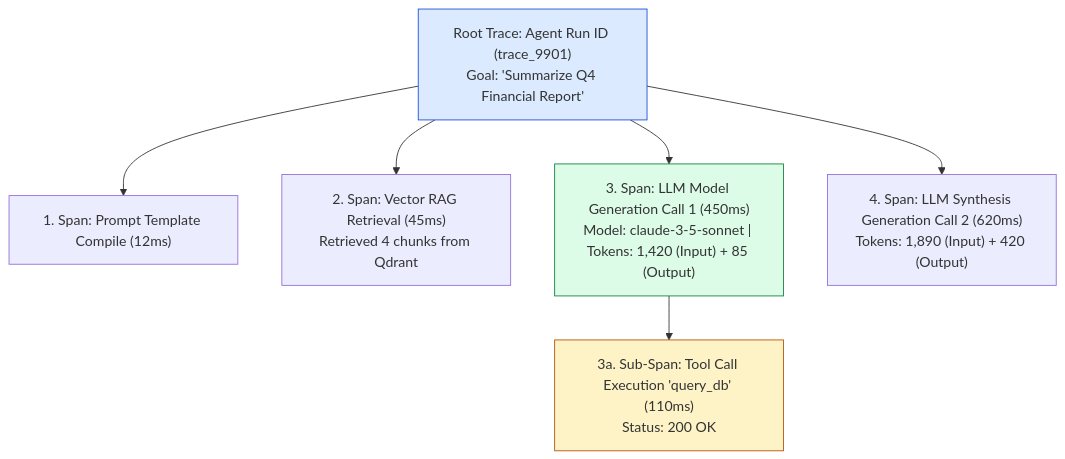
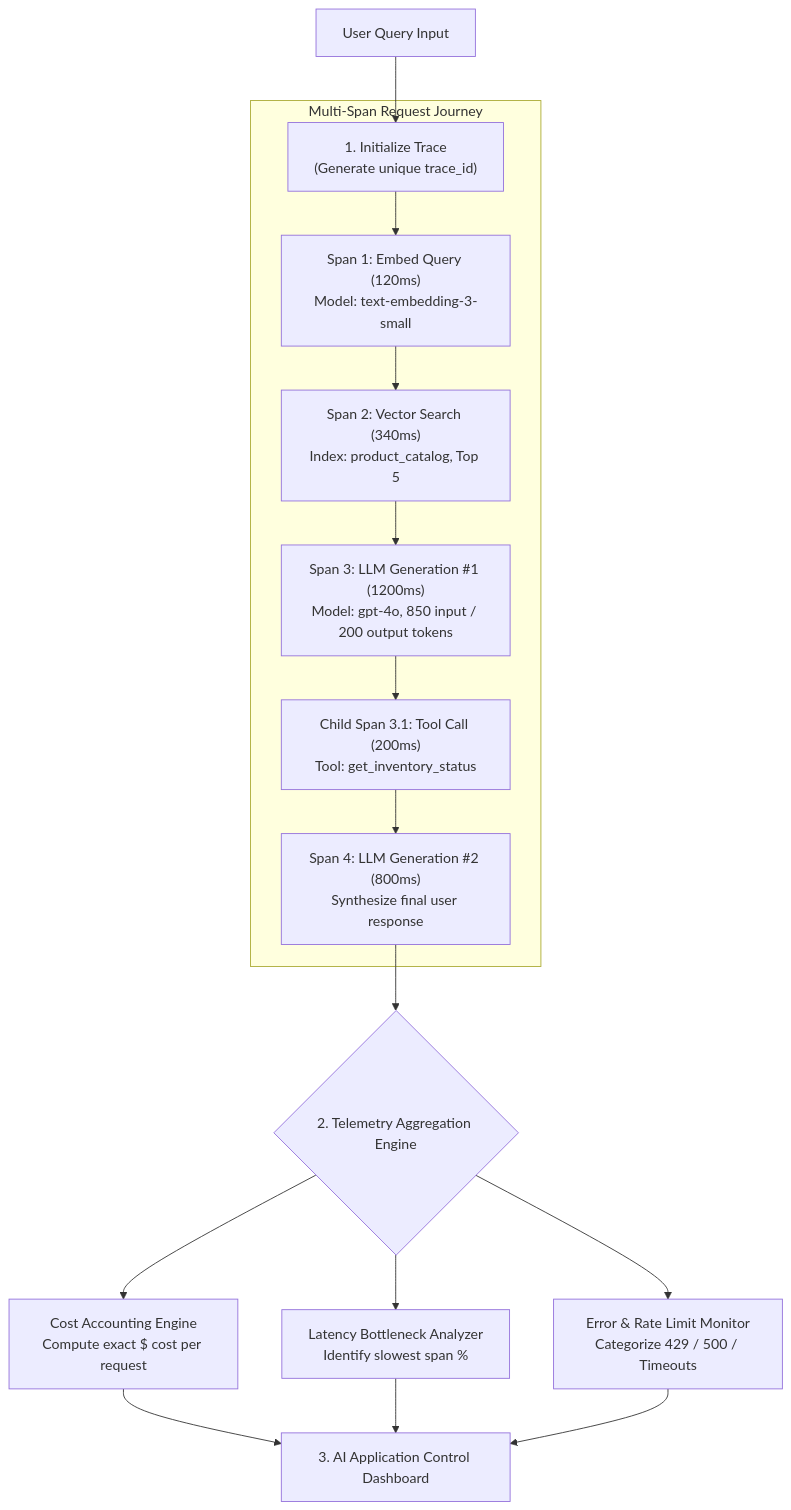
The diagram in agentic-ai-notes/00-foundations/16-observability-and-tracing.md (Amie-dev/engineering-playbook), drawn with Mermaid before and after one commit. The commit also changed other lines of this file and 27 other files, not shown here.

````diff
--- a/agentic-ai-notes/00-foundations/16-observability-and-tracing.md
+++ b/agentic-ai-notes/00-foundations/16-observability-and-tracing.md
@@ -13,14 +7,23 @@
 ```mermaid
 flowchart TD
-    RootTrace["Root Trace: Agent Run ID (trace_9901)<br/>Goal: 'Summarize Q4 Financial Report'"] --> Span1["1. Span: Prompt Template Compile (12ms)"]
-    RootTrace --> Span2["2. Span: Vector RAG Retrieval (45ms)<br/>Retrieved 4 chunks from Qdrant"]
-    RootTrace --> Span3["3. Span: LLM Model Generation Call 1 (450ms)<br/>Model: claude-3-5-sonnet | Tokens: 1,420 (Input) + 85 (Output)"]
+    UserReq[User Query Input] --> TraceStart["1. Initialize Trace<br/>(Generate unique trace_id)"]
     
-    Span3 --> SubSpan3A["3a. Sub-Span: Tool Call Execution 'query_db' (110ms)<br/>Status: 200 OK"]
+    subgraph Multi-Span Request Journey
+        TraceStart --> SpanEmbed["Span 1: Embed Query (120ms)<br/>Model: text-embedding-3-small"]
+        SpanEmbed --> SpanVector["Span 2: Vector Search (340ms)<br/>Index: product_catalog, Top 5"]
+        SpanVector --> SpanLLM1["Span 3: LLM Generation #1 (1200ms)<br/>Model: gpt-4o, 850 input / 200 output tokens"]
+        
+        SpanLLM1 --> ChildSpanTool["Child Span 3.1: Tool Call (200ms)<br/>Tool: get_inventory_status"]
+        ChildSpanTool --> SpanLLM2["Span 4: LLM Generation #2 (800ms)<br/>Synthesize final user response"]
+    end
     
-    RootTrace --> Span4["4. Span: LLM Synthesis Generation Call 2 (620ms)<br/>Tokens: 1,890 (Input) + 420 (Output)"]
-
-    style RootTrace fill:#dbeafe,stroke:#1d4ed8
-    style Span3 fill:#dcfce7,stroke:#15803d
-    style SubSpan3A fill:#fef3c7,stroke:#b45309
+    SpanLLM2 --> TelemetryPipeline{"2. Telemetry Aggregation Engine"}
+    
+    TelemetryPipeline --> CostTracker["Cost Accounting Engine<br/>Compute exact $ cost per request"]
+    TelemetryPipeline --> LatencyAnalyzer["Latency Bottleneck Analyzer<br/>Identify slowest span %"]
+    TelemetryPipeline --> ErrorMonitor["Error & Rate Limit Monitor<br/>Categorize 429 / 500 / Timeouts"]
+    
+    CostTracker --> ControlDashboard["3. AI Application Control Dashboard"]
+    LatencyAnalyzer --> ControlDashboard
+    ErrorMonitor --> ControlDashboard
 ```
````
